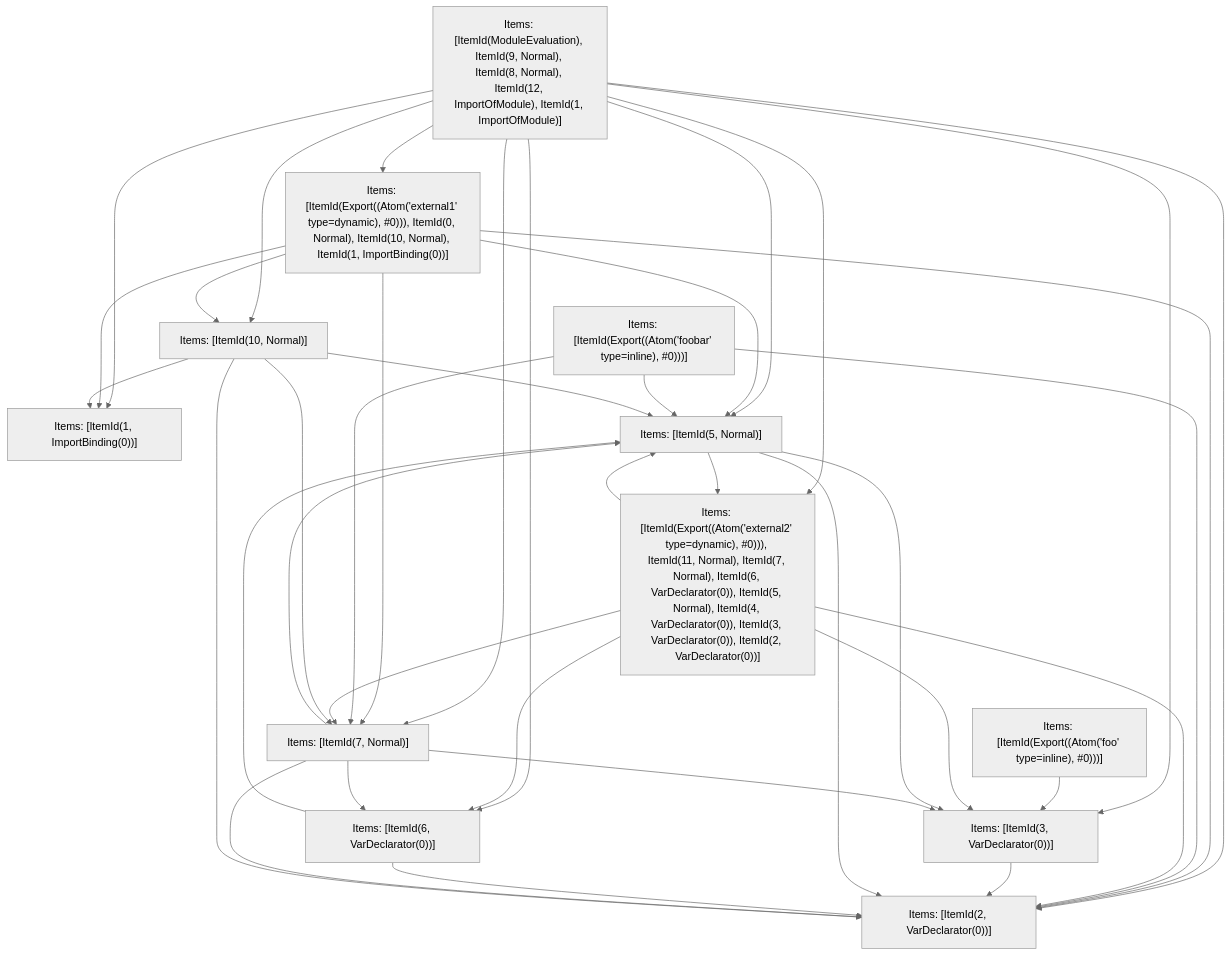
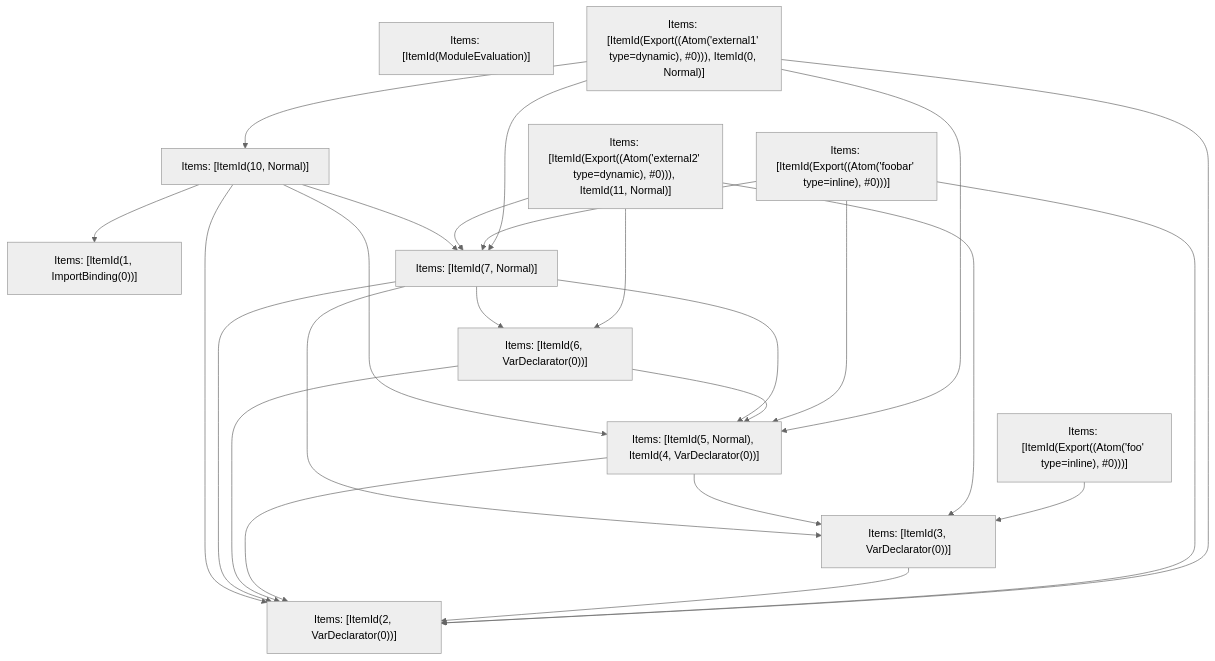
The fifth of 5 diagrams in crates/turbopack-ecmascript/tests/tree-shaker/analyzer/2/output.md (vercel/turborepo), drawn with Mermaid (neutral theme) before and after one commit. The commit also changed other lines of this file and 3 other files, not shown here.

````diff
--- a/crates/turbopack-ecmascript/tests/tree-shaker/analyzer/2/output.md
+++ b/crates/turbopack-ecmascript/tests/tree-shaker/analyzer/2/output.md
@@ -368,52 +357,39 @@
 ```mermaid
 graph TD
-    N0["Items: [ItemId(ModuleEvaluation), ItemId(9, Normal), ItemId(8, Normal), ItemId(12, ImportOfModule), ItemId(1, ImportOfModule)]"];
-    N1["Items: [ItemId(Export((Atom('external1' type=dynamic), #0))), ItemId(0, Normal), ItemId(10, Normal), ItemId(1, ImportBinding(0))]"];
+    N0["Items: [ItemId(ModuleEvaluation)]"];
+    N1["Items: [ItemId(Export((Atom('external1' type=dynamic), #0))), ItemId(0, Normal)]"];
     N2["Items: [ItemId(Export((Atom('foobar' type=inline), #0)))]"];
     N3["Items: [ItemId(Export((Atom('foo' type=inline), #0)))]"];
-    N4["Items: [ItemId(Export((Atom('external2' type=dynamic), #0))), ItemId(11, Normal), ItemId(7, Normal), ItemId(6, VarDeclarator(0)), ItemId(5, Normal), ItemId(4, VarDeclarator(0)), ItemId(3, VarDeclarator(0)), ItemId(2, VarDeclarator(0))]"];
+    N4["Items: [ItemId(Export((Atom('external2' type=dynamic), #0))), ItemId(11, Normal)]"];
     N5["Items: [ItemId(1, ImportBinding(0))]"];
     N6["Items: [ItemId(2, VarDeclarator(0))]"];
     N7["Items: [ItemId(3, VarDeclarator(0))]"];
-    N8["Items: [ItemId(5, Normal)]"];
+    N8["Items: [ItemId(5, Normal), ItemId(4, VarDeclarator(0))]"];
     N9["Items: [ItemId(6, VarDeclarator(0))]"];
     N10["Items: [ItemId(7, Normal)]"];
     N11["Items: [ItemId(10, Normal)]"];
-    N0 --> N1;
-    N0 --> N5;
-    N0 --> N6;
-    N0 --> N8;
-    N0 --> N10;
-    N0 --> N7;
-    N0 --> N9;
-    N0 --> N4;
-    N0 --> N11;
     N1 --> N11;
     N1 --> N6;
     N1 --> N8;
     N1 --> N10;
-    N1 --> N5;
     N2 --> N6;
     N2 --> N8;
     N2 --> N10;
     N3 --> N7;
     N4 --> N7;
     N4 --> N9;
     N4 --> N10;
-    N4 --> N6;
-    N4 --> N8;
     N7 --> N6;
-    N8 --> N4;
     N8 --> N6;
     N8 --> N7;
     N9 --> N6;
     N9 --> N8;
     N10 --> N6;
     N10 --> N8;
     N10 --> N7;
     N10 --> N9;
     N11 --> N5;
     N11 --> N6;
     N11 --> N8;
     N11 --> N10;
 ```
````
